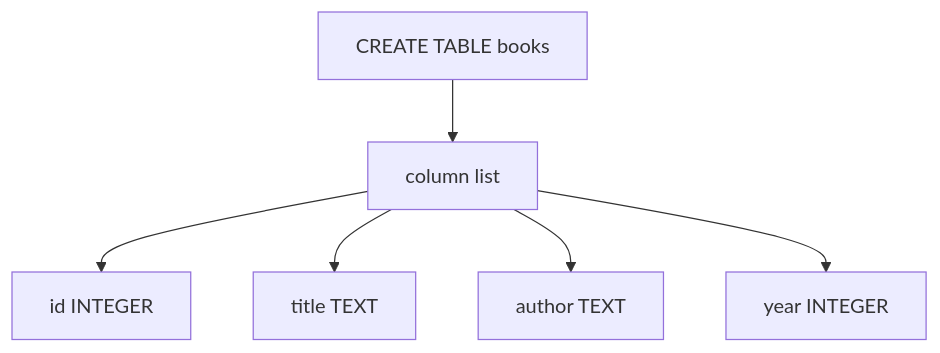
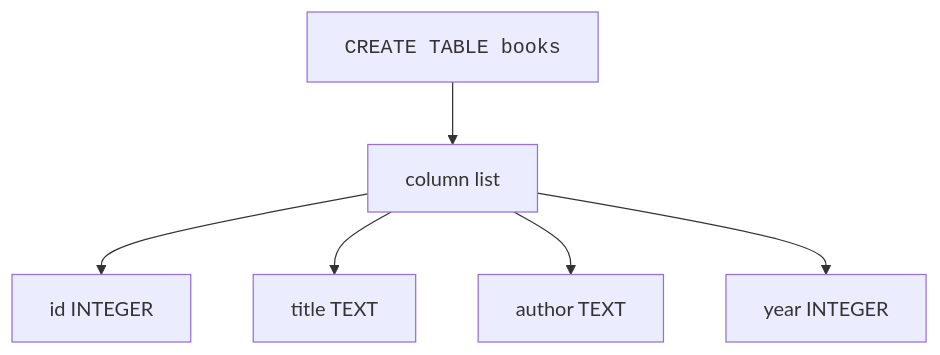
One commit to dataslope/dataslope changed the first of 4 diagrams in content/learn/sqlite-for-beginners/creating-tables.mdx. Above: the diagram before and after it, drawn with Mermaid. The commit also changed other lines of this file and 56 other files, not shown here.

````diff
--- a/content/learn/sqlite-for-beginners/creating-tables.mdx
+++ b/content/learn/sqlite-for-beginners/creating-tables.mdx
@@ -29,8 +29,8 @@
 ```mermaid
 flowchart TB
-    S["CREATE TABLE books"] --> P["column list"]
+    S["<code>CREATE TABLE books</code>"] --> P["column list"]
     P --> C1["id INTEGER"]
     P --> C2["title TEXT"]
     P --> C3["author TEXT"]
     P --> C4["year INTEGER"]
 ```
````
